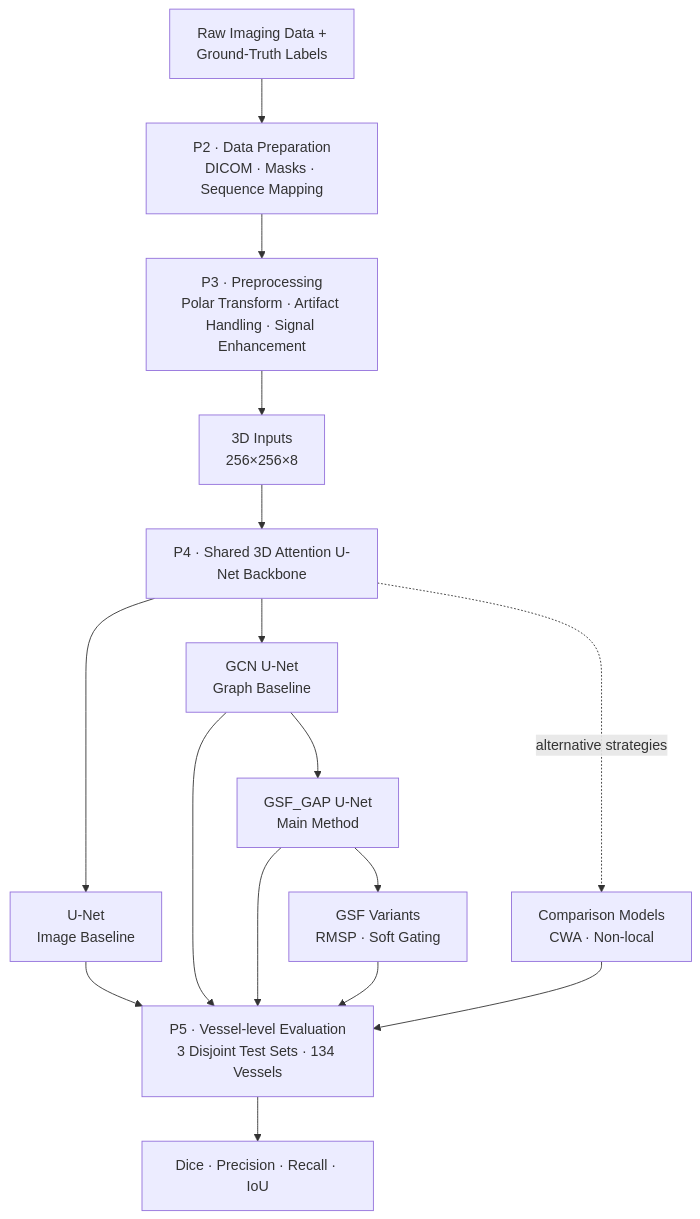
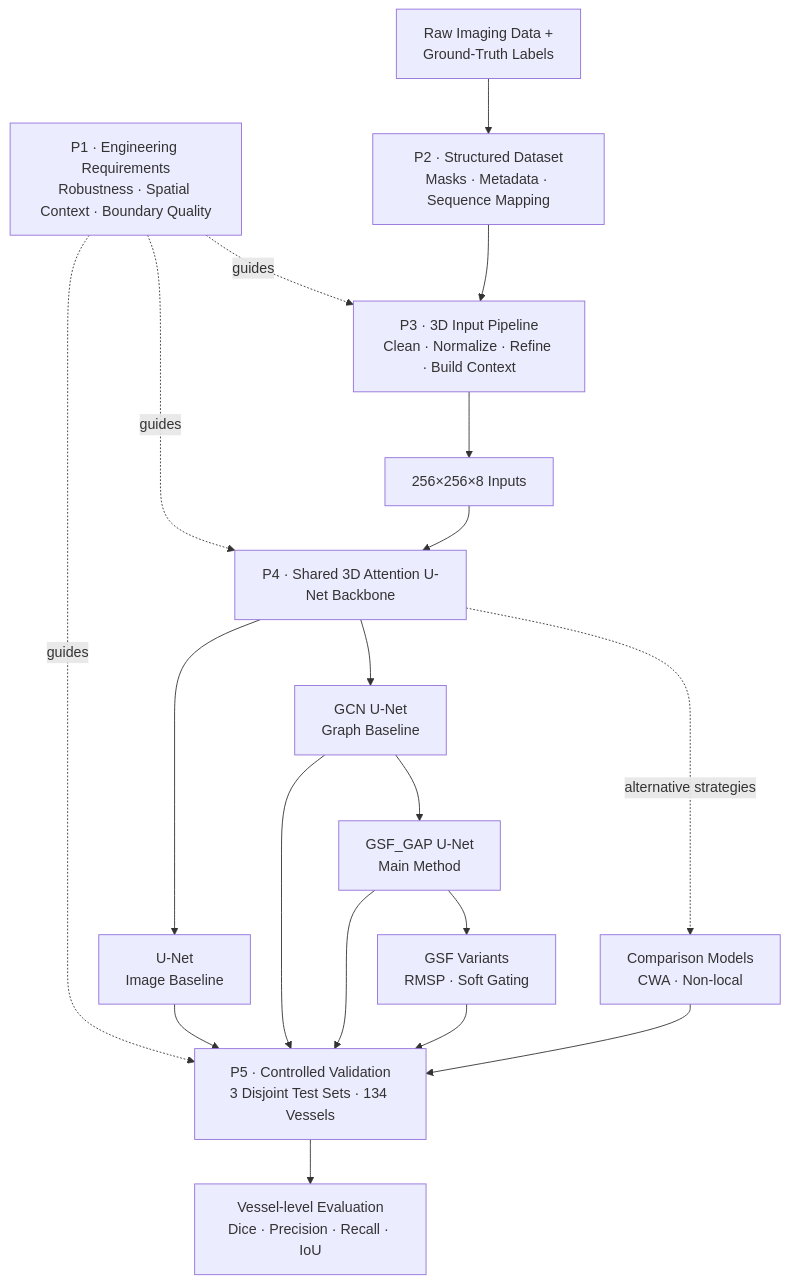
Before and after one commit to ChengYuChing/3D-DLimage-segmentation: the first of 2 diagrams in README.md, drawn with Mermaid. The commit also changed other lines of this file, not shown here.

````diff
--- a/README.md
+++ b/README.md
@@ -25,30 +23,36 @@
 ```mermaid
 flowchart TB
+    R["P1 · Engineering Requirements<br/>Robustness · Spatial Context · Boundary Quality"]
+
     A["Raw Imaging Data +<br/>Ground-Truth Labels"]
-    B["P2 · Data Preparation<br/>DICOM · Masks · Sequence Mapping"]
-    C["P3 · Preprocessing<br/>Polar Transform · Artifact Handling · Signal Enhancement"]
-    D["3D Inputs<br/>256×256×8"]
+    B["P2 · Structured Dataset<br/>Masks · Metadata · Sequence Mapping"]
+    C["P3 · 3D Input Pipeline<br/>Clean · Normalize · Refine · Build Context"]
+    D["256×256×8 Inputs"]
+
     E["P4 · Shared 3D Attention U-Net Backbone"]
-
     U["U-Net<br/>Image Baseline"]
     G["GCN U-Net<br/>Graph Baseline"]
     S["GSF_GAP U-Net<br/>Main Method"]
     V["GSF Variants<br/>RMSP · Soft Gating"]
     X["Comparison Models<br/>CWA · Non-local"]
 
-    F["P5 · Vessel-level Evaluation<br/>3 Disjoint Test Sets · 134 Vessels"]
-    R["Dice · Precision · Recall · IoU"]
+    F["P5 · Controlled Validation<br/>3 Disjoint Test Sets · 134 Vessels"]
+    M["Vessel-level Evaluation<br/>Dice · Precision · Recall · IoU"]
+
+    R -. "guides" .-> C
+    R -. "guides" .-> E
+    R -. "guides" .-> F
 
     A --> B --> C --> D --> E
     E --> U
     E --> G --> S
     S --> V
     E -. "alternative strategies" .-> X
 
     U --> F
     G --> F
     S --> F
     V --> F
     X --> F
-    F --> R
+    F --> M
 ```
````
